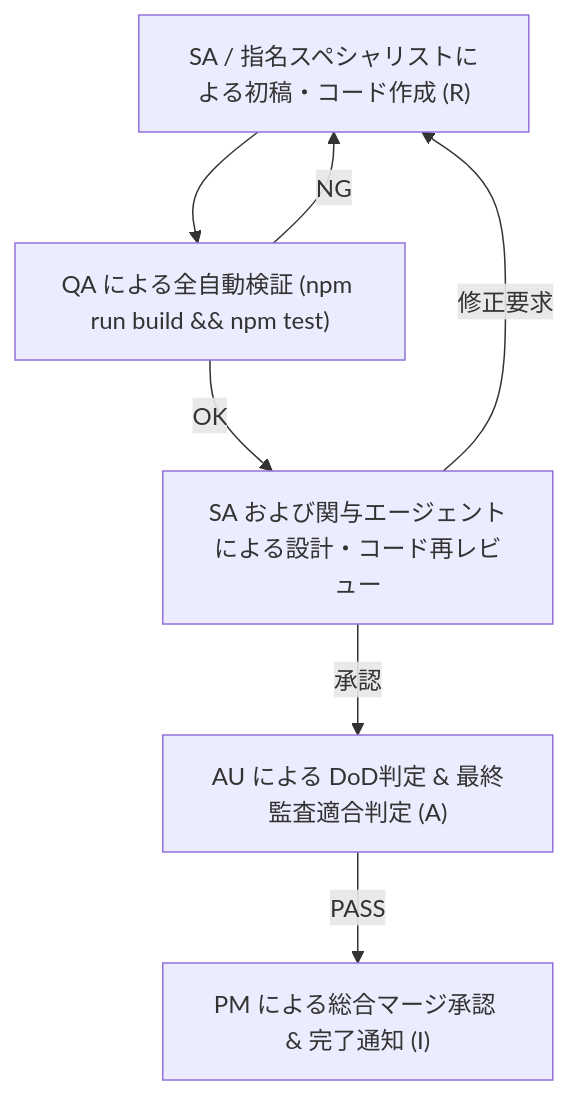
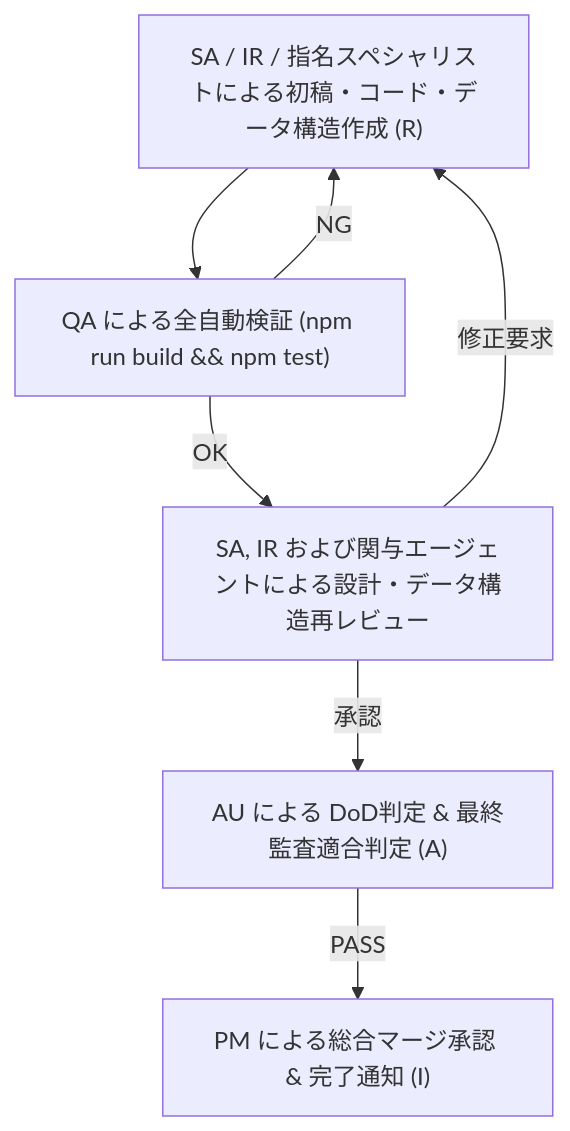
The second of 2 diagrams in project-docs/processes/PROC-02-agent_roles.md (rokujyouhitoma/registered-Information-security-specialist-examination), drawn with Mermaid before and after one commit. The commit also changed other lines of this file and 4 other files, not shown here.

````diff
--- a/project-docs/processes/PROC-02-agent_roles.md
+++ b/project-docs/processes/PROC-02-agent_roles.md
@@ -78,9 +80,9 @@
 ```mermaid
 flowchart TD
-    A["SA / 指名スペシャリストによる初稿・コード作成 (R)"] --> B["QA による全自動検証 (npm run build && npm test)"]
-    B -->|OK| C["SA および関与エージェントによる設計・コード再レビュー"]
+    A["SA / IR / 指名スペシャリストによる初稿・コード・データ構造作成 (R)"] --> B["QA による全自動検証 (npm run build && npm test)"]
+    B -->|OK| C["SA, IR および関与エージェントによる設計・データ構造再レビュー"]
     B -->|NG| A
     C -->|修正要求| A
     C -->|承認| D["AU による DoD判定 & 最終監査適合判定 (A)"]
     D -->|PASS| E["PM による総合マージ承認 & 完了通知 (I)"]
 ```
````
